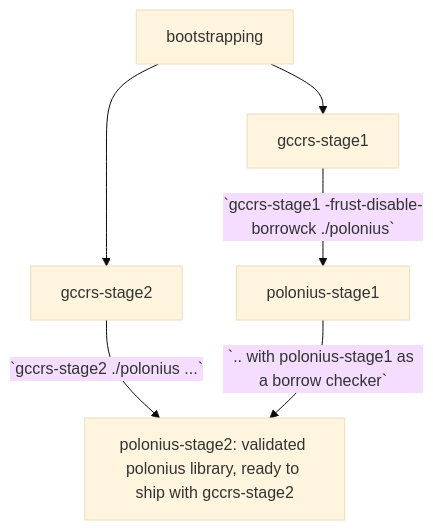
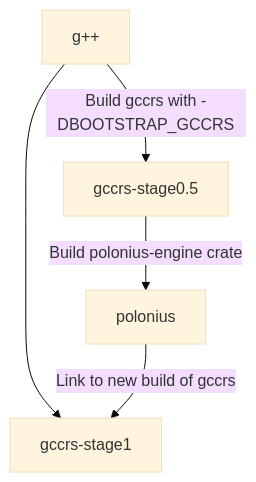
Before and after one commit to Rust-GCC/Rust-GCC.github.io: the diagram in _posts/2024-09-20-reusing-rustc-components.md, drawn with Mermaid (base theme). The commit also changed other lines of this file and 1 other file, not shown here.

Commit message:
rrc: Add first mermaid diagram

````diff
--- a/_posts/2024-09-20-reusing-rustc-components.md
+++ b/_posts/2024-09-20-reusing-rustc-components.md
@@ -34,8 +45,7 @@
 ```mermaid
 flowchart TD;
-    bootstrapping --> stage1[gccrs-stage1];
-    bootstrapping --> stage2[gccrs-stage2];
-    stage1 -- `gccrs-stage1 -frust-disable-borrowck ./polonius` --> polonius[polonius-stage1];
-    stage2 -- `gccrs-stage2 ./polonius ...` --> valid
-    polonius -- `.. with polonius-stage1 as a borrow checker` --> valid[polonius-stage2: validated polonius library, ready to ship with gccrs-stage2]
+    gpp[g++] -- Build gccrs with -DBOOTSTRAP_GCCRS --> stage0[gccrs-stage0.5]
+    stage0 -- Build polonius-engine crate --> polonius
+    gpp --> stage1[gccrs-stage1]
+    polonius -- Link to new build of gccrs --> stage1[gccrs-stage1]
 ```
````
